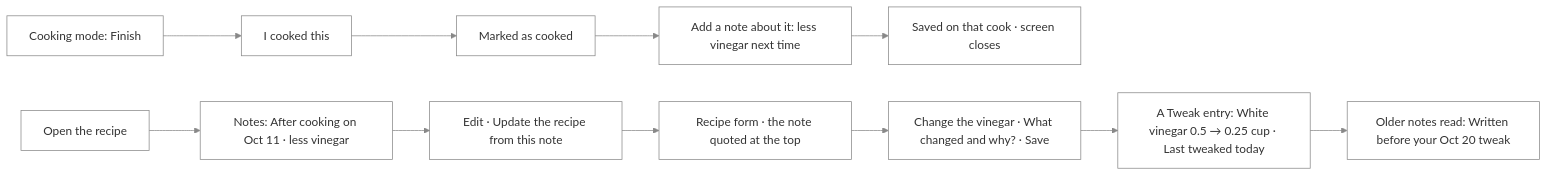
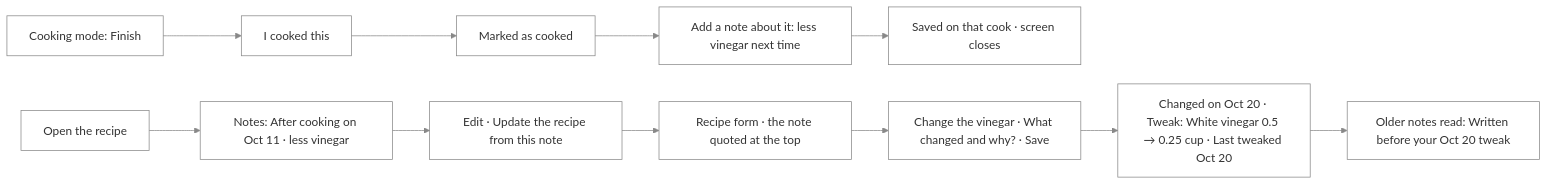
Diagram 44 of 48 in src/apps/pinch/UX.md (NovaMoonX/moondreams-dev-apps), drawn with Mermaid before and after one commit. The commit also changed other lines of this file and 6 other files, not shown here.

First line of the commit message:
Notes journal: a tweak reads "Changed on Oct 6", Edit is named by its visible word

````diff
--- a/src/apps/pinch/UX.md
+++ b/src/apps/pinch/UX.md
@@ -1326,12 +1326,12 @@
 ```mermaid
 %%{init: {'theme': 'base', 'themeVariables': {'primaryColor': 'transparent', 'clusterBkg': 'transparent', 'primaryBorderColor': '#888888', 'clusterBorder': '#888888', 'lineColor': '#888888', 'primaryTextColor': '#333333'}}}%%
 flowchart LR
     A["Cooking mode: Finish"] --> B["I cooked this"] --> C["Marked as cooked"] --> D["Add a note about it: less vinegar next time"]
     D --> E["Saved on that cook · screen closes"]
     F["Open the recipe"] --> G["Notes: After cooking on Oct 11 · less vinegar"]
     G --> H["Edit · Update the recipe from this note"]
     H --> I["Recipe form · the note quoted at the top"]
     I --> J["Change the vinegar · What changed and why? · Save"]
-    J --> K["A Tweak entry: White vinegar 0.5 → 0.25 cup · Last tweaked today"]
+    J --> K["Changed on Oct 20 · Tweak: White vinegar 0.5 → 0.25 cup · Last tweaked Oct 20"]
     K --> L["Older notes read: Written before your Oct 20 tweak"]
 ```
````
